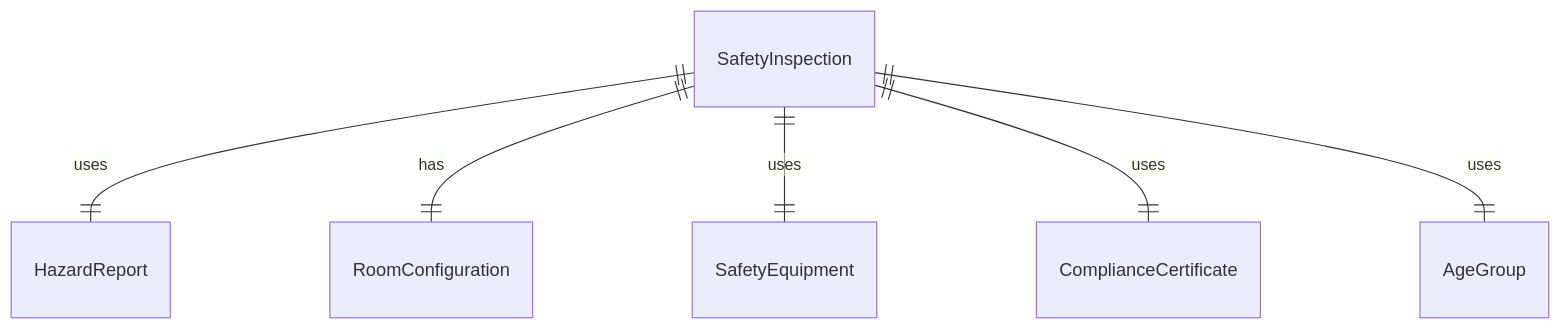
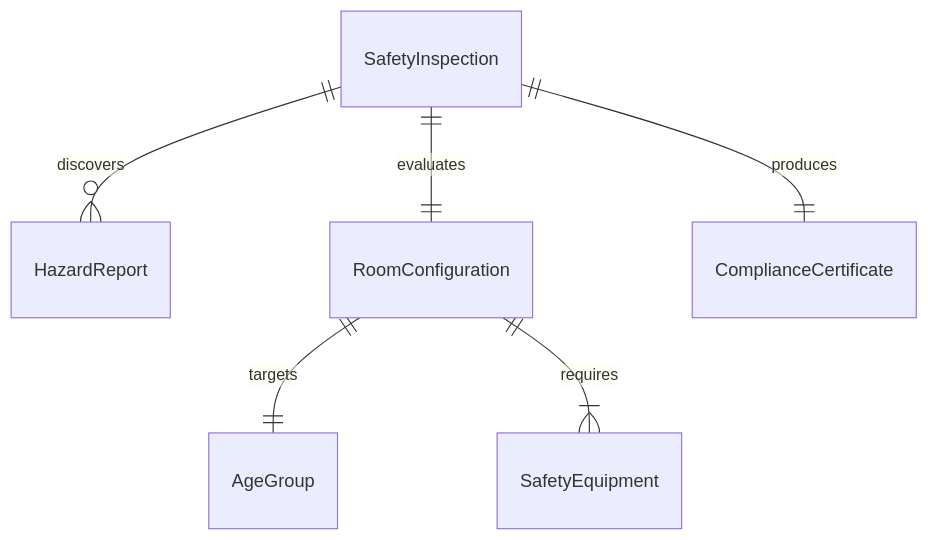
The first of 4 diagrams in HandlingAndMovingObjects/SetUpClassroomsFacilitiesEducationalMaterialsOrEquipment/ArrangeChildcareEducationalSettingsEnsure.mdx (dot-org-ai/tasks.org.ai), drawn with Mermaid before and after one commit. The commit also changed other lines of this file and 515 other files, not shown here.

````diff
--- a/HandlingAndMovingObjects/SetUpClassroomsFacilitiesEducationalMaterialsOrEquipment/ArrangeChildcareEducationalSettingsEnsure.mdx
+++ b/HandlingAndMovingObjects/SetUpClassroomsFacilitiesEducationalMaterialsOrEquipment/ArrangeChildcareEducationalSettingsEnsure.mdx
@@ -87,8 +87,8 @@
 ```mermaid
 erDiagram
-    SafetyInspection ||--|| HazardReport : "uses"
-    SafetyInspection ||--|| RoomConfiguration : "has"
-    SafetyInspection ||--|| SafetyEquipment : "uses"
-    SafetyInspection ||--|| ComplianceCertificate : "uses"
-    SafetyInspection ||--|| AgeGroup : "uses"
+    SafetyInspection ||--o{ HazardReport : "discovers"
+    RoomConfiguration ||--|| AgeGroup : "targets"
+    RoomConfiguration ||--|{ SafetyEquipment : "requires"
+    SafetyInspection ||--|| ComplianceCertificate : "produces"
+    SafetyInspection ||--|| RoomConfiguration : "evaluates"
 ```
````
